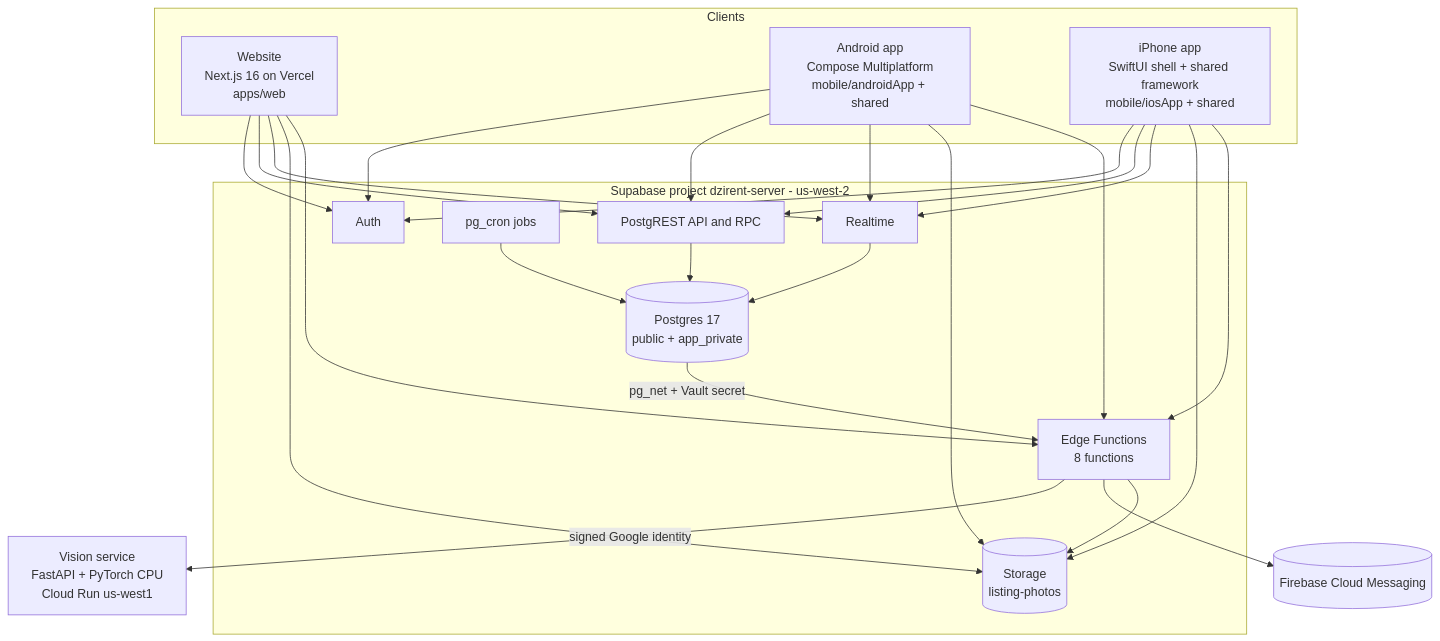
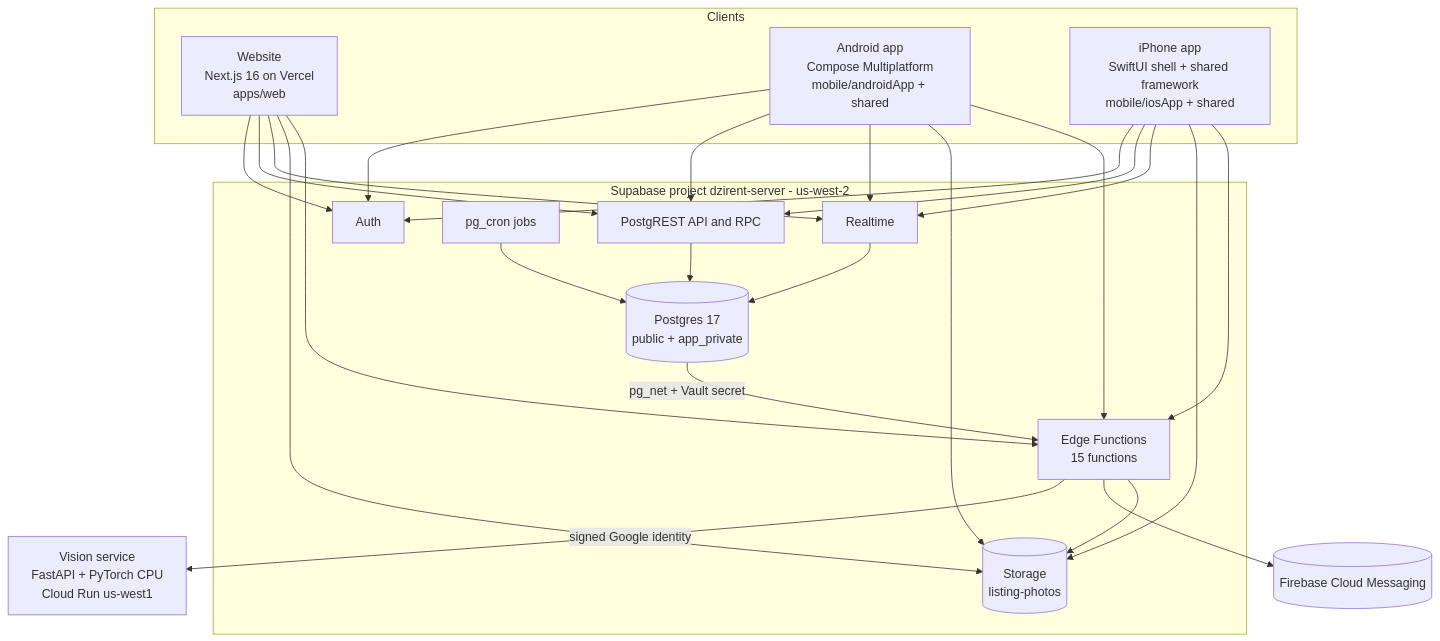
The second of 6 diagrams in pranalika/architecture.md (Vivek-k24/Dzirent), drawn with Mermaid before and after one commit. The commit also changed other lines of this file and 50 other files, not shown here.

````diff
--- a/pranalika/architecture.md
+++ b/pranalika/architecture.md
@@ -134,30 +134,30 @@
 ```mermaid
 flowchart TB
   subgraph Clients
     Web[Website<br/>Next.js 16 on Vercel<br/>apps/web]
     And[Android app<br/>Compose Multiplatform<br/>mobile/androidApp + shared]
     Ios[iPhone app<br/>SwiftUI shell + shared framework<br/>mobile/iosApp + shared]
   end
   subgraph Supabase[Supabase project dzirent-server - us-west-2]
     Auth[Auth]
     Rest[PostgREST API and RPC]
     RT[Realtime]
     DB[(Postgres 17<br/>public + app_private)]
     Sto[(Storage<br/>listing-photos)]
-    EF[Edge Functions<br/>8 functions]
+    EF[Edge Functions<br/>15 functions]
     Cron[pg_cron jobs]
   end
   Vision[Vision service<br/>FastAPI + PyTorch CPU<br/>Cloud Run us-west1]
   FCM[(Firebase Cloud Messaging)]
   Web --> Auth & Rest & RT & Sto
   And --> Auth & Rest & RT & Sto & EF
   Ios --> Auth & Rest & RT & Sto & EF
   Web --> EF
   Rest --> DB
   RT --> DB
   DB -->|pg_net + Vault secret| EF
   Cron --> DB
   EF -->|signed Google identity| Vision
   EF --> FCM
   EF --> Sto
 ```
````
